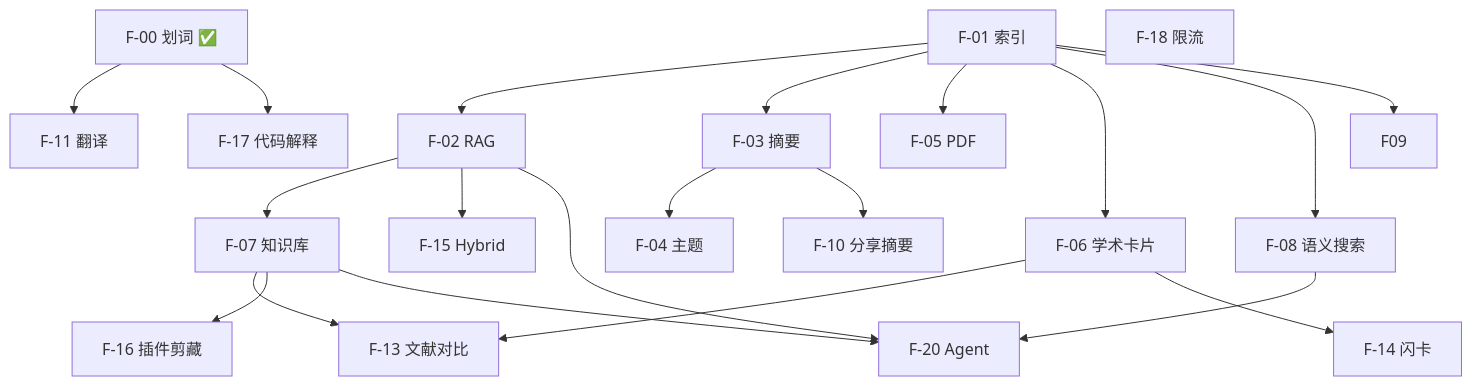
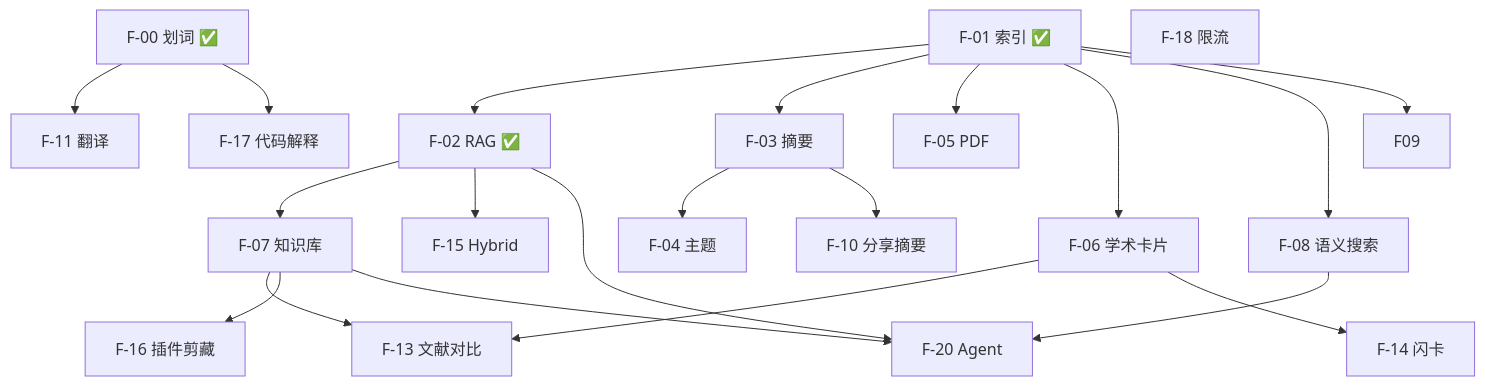
One commit to zhengjiayingz/file-management changed the diagram in file_management_backend_nest/docs/plans/2026-07-08-ai-features-prd.md. Above: the diagram before and after it, drawn with Mermaid. The commit also changed other lines of this file and 7 other files, not shown here.

````diff
--- a/file_management_backend_nest/docs/plans/2026-07-08-ai-features-prd.md
+++ b/file_management_backend_nest/docs/plans/2026-07-08-ai-features-prd.md
@@ -823,33 +825,33 @@
 ```mermaid
 flowchart TB
     F00[F-00 划词 ✅]
-    F01[F-01 索引]
-    F02[F-02 RAG]
+    F01[F-01 索引 ✅]
+    F02[F-02 RAG ✅]
     F03[F-03 摘要]
     F04[F-04 主题]
     F05[F-05 PDF]
     F06[F-06 学术卡片]
     F07[F-07 知识库]
     F08[F-08 语义搜索]
     F18[F-18 限流]
 
     F00 --> F11[F-11 翻译]
     F00 --> F17[F-17 代码解释]
     F01 --> F02
     F01 --> F03
     F01 --> F05
     F01 --> F06
     F01 --> F08
     F01 --> F09
     F03 --> F04
     F03 --> F10[F-10 分享摘要]
     F02 --> F07
     F06 --> F13[F-13 文献对比]
     F06 --> F14[F-14 闪卡]
     F07 --> F13
     F07 --> F16[F-16 插件剪藏]
     F02 --> F15[F-15 Hybrid]
     F02 --> F20[F-20 Agent]
     F07 --> F20
     F08 --> F20
 ```
````
